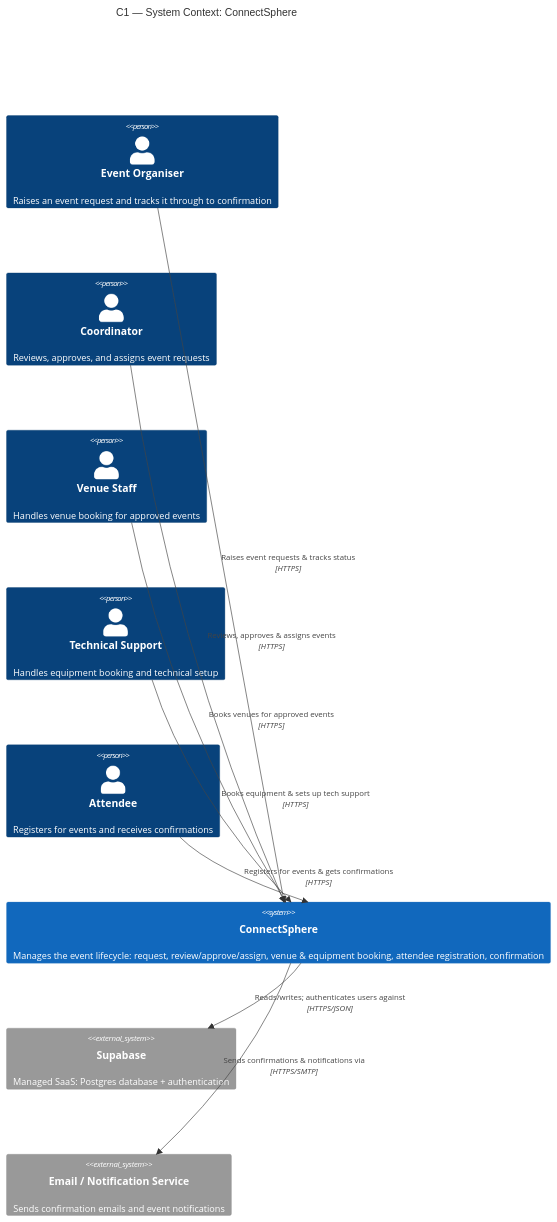
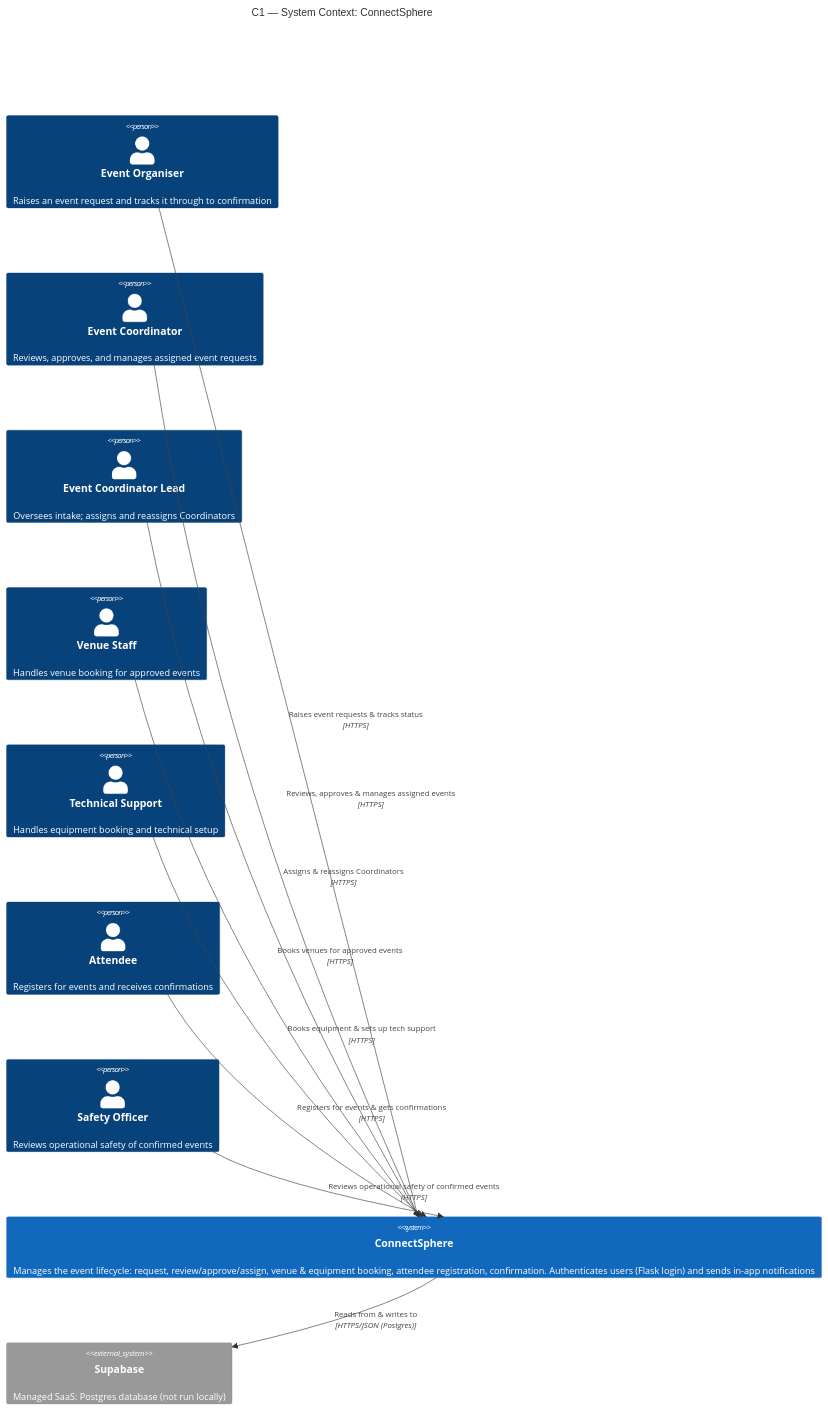
One commit to marcuschew2024/connectsphere changed the diagram in docs/design/diagrams/c4-context.mmd. Above: the diagram before and after it, drawn with Mermaid. The commit also changed 4 other files, not shown here.

First line of the commit message:
docs(SCRUM-143): refresh C4/README/env to Flask auth, in-app notifications, 7 roles (#98)

```diff
--- a/docs/design/diagrams/c4-context.mmd
+++ b/docs/design/diagrams/c4-context.mmd
@@ -1,24 +1,26 @@
 C4Context
     title C1 — System Context: ConnectSphere
 
     Person(organiser, "Event Organiser", "Raises an event request and tracks it through to confirmation")
-    Person(coordinator, "Coordinator", "Reviews, approves, and assigns event requests")
+    Person(coordinator, "Event Coordinator", "Reviews, approves, and manages assigned event requests")
+    Person(lead, "Event Coordinator Lead", "Oversees intake; assigns and reassigns Coordinators")
     Person(venueStaff, "Venue Staff", "Handles venue booking for approved events")
     Person(techSupport, "Technical Support", "Handles equipment booking and technical setup")
     Person(attendee, "Attendee", "Registers for events and receives confirmations")
+    Person(safetyOfficer, "Safety Officer", "Reviews operational safety of confirmed events")
 
-    System(connectSphere, "ConnectSphere", "Manages the event lifecycle: request, review/approve/assign, venue & equipment booking, attendee registration, confirmation")
+    System(connectSphere, "ConnectSphere", "Manages the event lifecycle: request, review/approve/assign, venue & equipment booking, attendee registration, confirmation. Authenticates users (Flask login) and sends in-app notifications")
 
-    System_Ext(supabase, "Supabase", "Managed SaaS: Postgres database + authentication")
-    System_Ext(email, "Email / Notification Service", "Sends confirmation emails and event notifications")
+    System_Ext(supabase, "Supabase", "Managed SaaS: Postgres database (not run locally)")
 
     Rel(organiser, connectSphere, "Raises event requests & tracks status", "HTTPS")
-    Rel(coordinator, connectSphere, "Reviews, approves & assigns events", "HTTPS")
+    Rel(coordinator, connectSphere, "Reviews, approves & manages assigned events", "HTTPS")
+    Rel(lead, connectSphere, "Assigns & reassigns Coordinators", "HTTPS")
     Rel(venueStaff, connectSphere, "Books venues for approved events", "HTTPS")
     Rel(techSupport, connectSphere, "Books equipment & sets up tech support", "HTTPS")
     Rel(attendee, connectSphere, "Registers for events & gets confirmations", "HTTPS")
+    Rel(safetyOfficer, connectSphere, "Reviews operational safety of confirmed events", "HTTPS")
 
-    Rel(connectSphere, supabase, "Reads/writes; authenticates users against", "HTTPS/JSON")
-    Rel(connectSphere, email, "Sends confirmations & notifications via", "HTTPS/SMTP")
+    Rel(connectSphere, supabase, "Reads from & writes to", "HTTPS/JSON (Postgres)")
 
     UpdateLayoutConfig($c4ShapeInRow="3", $c4BoundaryInRow="2")
```
